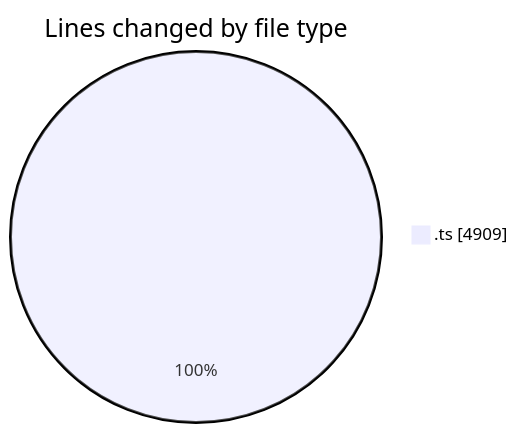
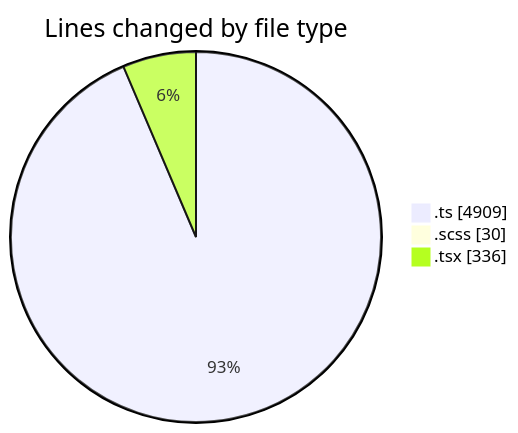
Before and after one commit to momahboobian/code-tracking: the first of 2 diagrams in 2025-09-12/cda/README.md, drawn with Mermaid. The commit also changed other lines of this file and 1 other file, not shown here.

````diff
--- a/2025-09-12/cda/README.md
+++ b/2025-09-12/cda/README.md
@@ -24,5 +27,7 @@
 ```mermaid
 pie showData
 title Lines changed by file type
 ".ts" : 4909
+".scss" : 30
+".tsx" : 336
 ```
````
